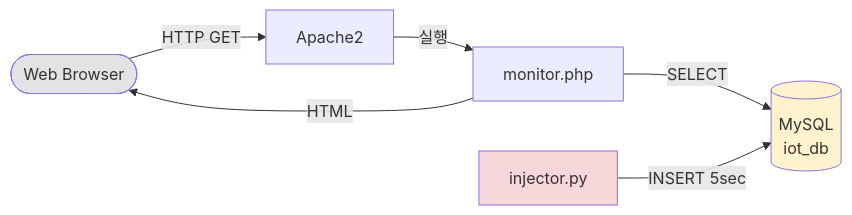
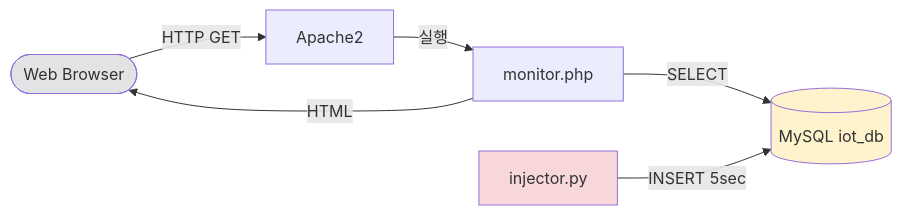
The diagram in README.md (spickingerqc-web/lamp-monitoring), drawn with Mermaid before and after one commit. The commit also changed 1 other file, not shown here.

Commit message:
Fix Mermaid: remove backslash-n from node label

````diff
--- a/README.md
+++ b/README.md
@@ -10,12 +10,12 @@
 ```mermaid
 graph LR
     Browser([Web Browser]) -->|HTTP GET| Apache
     Apache[Apache2] -->|실행| PHP[monitor.php]
-    PHP -->|SELECT| MySQL[(MySQL\niot_db)]
+    PHP -->|SELECT| MySQL[(MySQL iot_db)]
     Python[injector.py] -->|INSERT 5sec| MySQL
     PHP -->|HTML| Browser
 
     style Browser fill:#e2e3e5
     style Python fill:#f8d7da
     style MySQL fill:#fff3cd
 ```
````
